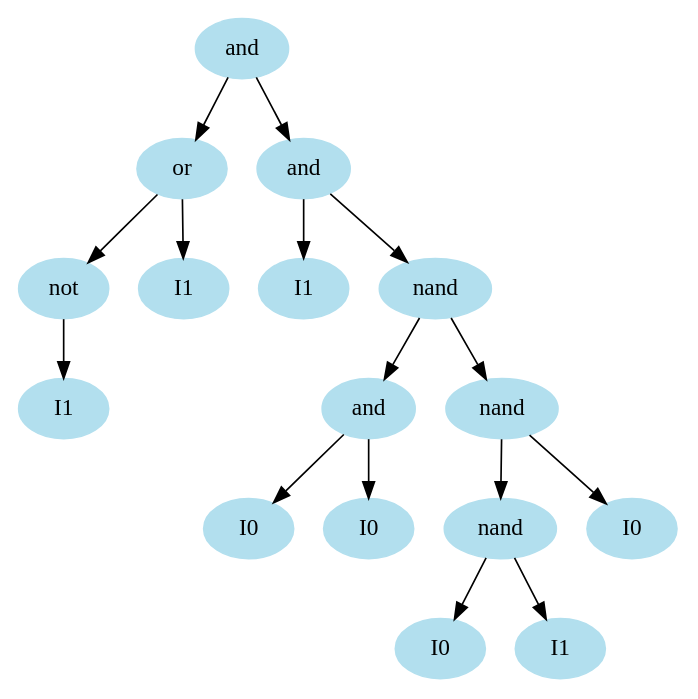
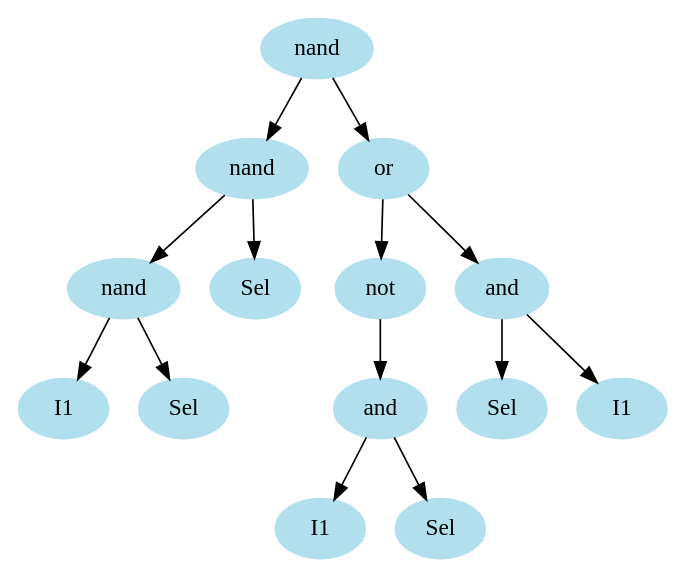
One commit to king2b3/GP changed the diagram in Starting_AST.gv. Above: the diagram before and after it, drawn with Graphviz. The commit also changed 6 other files, not shown here.

```diff
--- a/Starting_AST.gv
+++ b/Starting_AST.gv
@@ -1,35 +1,31 @@
 digraph unix {
 	node [color=lightblue2 style=filled]
 	size="6,6"
-	gate_0 [label=and]
-	gate_1 [label=or]
-	gate_2 [label=not]
+	gate_0 [label=nand]
+	gate_1 [label=nand]
+	gate_2 [label=nand]
 	ins_0 [label=I1]
-	ins_1 [label=I1]
-	gate_3 [label=and]
-	ins_2 [label=I1]
-	gate_4 [label=nand]
+	ins_1 [label=Sel]
+	ins_2 [label=Sel]
+	gate_3 [label=or]
+	gate_4 [label=not]
 	gate_5 [label=and]
-	ins_3 [label=I0]
-	ins_4 [label=I0]
-	gate_6 [label=nand]
-	gate_7 [label=nand]
-	ins_5 [label=I0]
+	ins_3 [label=I1]
+	ins_4 [label=Sel]
+	gate_6 [label=and]
+	ins_5 [label=Sel]
 	ins_6 [label=I1]
-	ins_7 [label=I0]
 	gate_0 -> gate_1
 	gate_0 -> gate_3
 	gate_1 -> gate_2
-	gate_1 -> ins_1
+	gate_1 -> ins_2
 	gate_2 -> ins_0
-	gate_3 -> ins_2
+	gate_2 -> ins_1
 	gate_3 -> gate_4
+	gate_3 -> gate_6
 	gate_4 -> gate_5
-	gate_4 -> gate_6
 	gate_5 -> ins_3
 	gate_5 -> ins_4
-	gate_6 -> gate_7
-	gate_6 -> ins_7
-	gate_7 -> ins_5
-	gate_7 -> ins_6
+	gate_6 -> ins_5
+	gate_6 -> ins_6
 }
```
